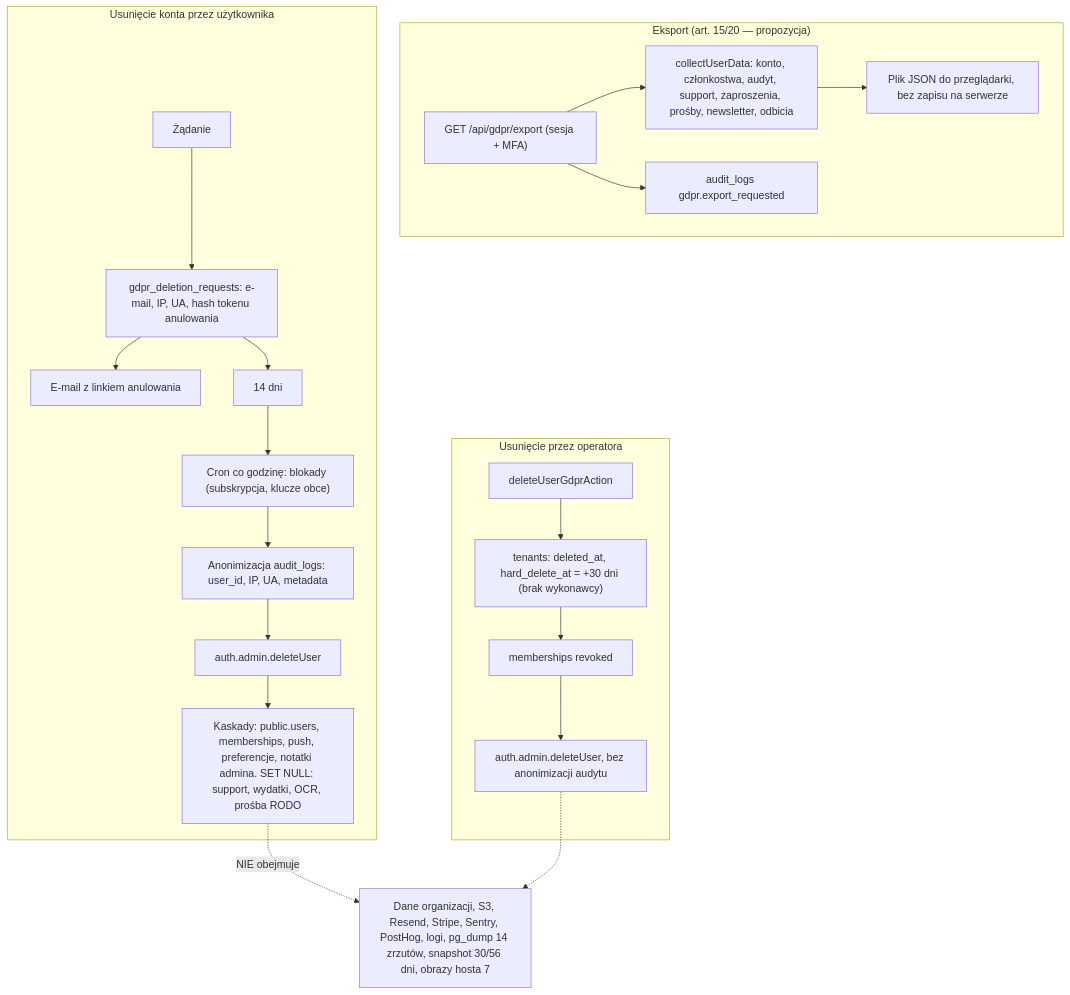
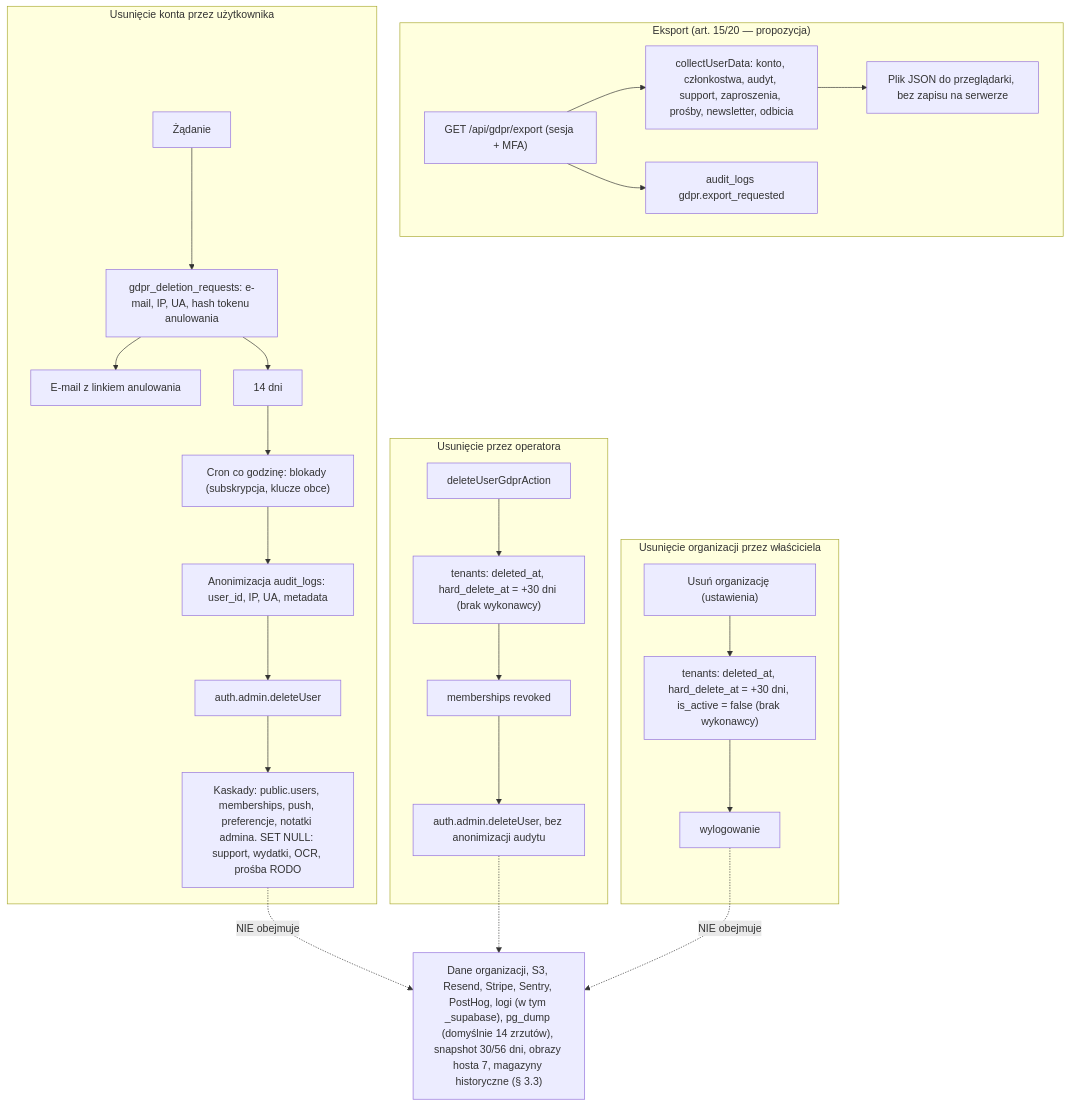
Before and after one commit to ezior8888-cpu/ksef-saas: the sixth of 7 diagrams in docs/audyt/13-prywatnosc-i-zgodnosc/02-INWENTARZ-I-PRZEPLYWY.md, drawn with Mermaid. The commit also changed other lines of this file and 6 other files, not shown here.

````diff
--- a/docs/audyt/13-prywatnosc-i-zgodnosc/02-INWENTARZ-I-PRZEPLYWY.md
+++ b/docs/audyt/13-prywatnosc-i-zgodnosc/02-INWENTARZ-I-PRZEPLYWY.md
@@ -353,24 +392,29 @@
 ```mermaid
 flowchart TB
   subgraph EKSPORT["Eksport (art. 15/20 — propozycja)"]
     E1["GET /api/gdpr/export (sesja + MFA)"] --> E2["collectUserData: konto, członkostwa, audyt, support, zaproszenia, prośby, newsletter, odbicia"]
     E2 --> E3["Plik JSON do przeglądarki, bez zapisu na serwerze"]
     E1 --> E4["audit_logs gdpr.export_requested"]
   end
   subgraph USUNIECIE["Usunięcie konta przez użytkownika"]
     D1["Żądanie"] --> D2["gdpr_deletion_requests: e-mail, IP, UA, hash tokenu anulowania"]
     D2 --> D3["E-mail z linkiem anulowania"]
     D2 --> D4["14 dni"]
     D4 --> D5["Cron co godzinę: blokady (subskrypcja, klucze obce)"]
     D5 --> D6["Anonimizacja audit_logs: user_id, IP, UA, metadata"]
     D6 --> D7["auth.admin.deleteUser"]
     D7 --> D8["Kaskady: public.users, memberships, push, preferencje, notatki admina. SET NULL: support, wydatki, OCR, prośba RODO"]
   end
   subgraph ADMIN["Usunięcie przez operatora"]
     A1["deleteUserGdprAction"] --> A2["tenants: deleted_at, hard_delete_at = +30 dni (brak wykonawcy)"]
     A2 --> A3["memberships revoked"]
     A3 --> A4["auth.admin.deleteUser, bez anonimizacji audytu"]
   end
-  D8 -.->|"NIE obejmuje"| X["Dane organizacji, S3, Resend, Stripe, Sentry, PostHog, logi, pg_dump 14 zrzutów, snapshot 30/56 dni, obrazy hosta 7"]
+  subgraph OWNER["Usunięcie organizacji przez właściciela"]
+    W1["Usuń organizację (ustawienia)"] --> W2["tenants: deleted_at, hard_delete_at = +30 dni, is_active = false (brak wykonawcy)"]
+    W2 --> W3["wylogowanie"]
+  end
+  D8 -.->|"NIE obejmuje"| X["Dane organizacji, S3, Resend, Stripe, Sentry, PostHog, logi (w tym _supabase), pg_dump (domyślnie 14 zrzutów), snapshot 30/56 dni, obrazy hosta 7, magazyny historyczne (§ 3.3)"]
   A4 -.-> X
+  W3 -.->|"NIE obejmuje"| X
 ```
````
